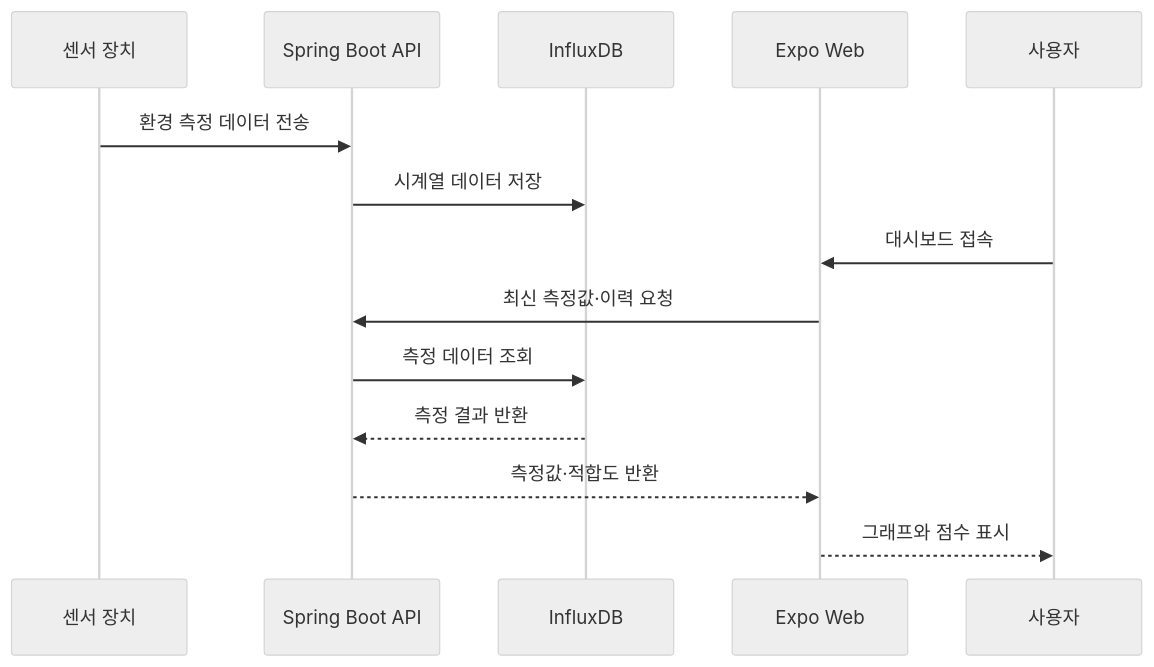
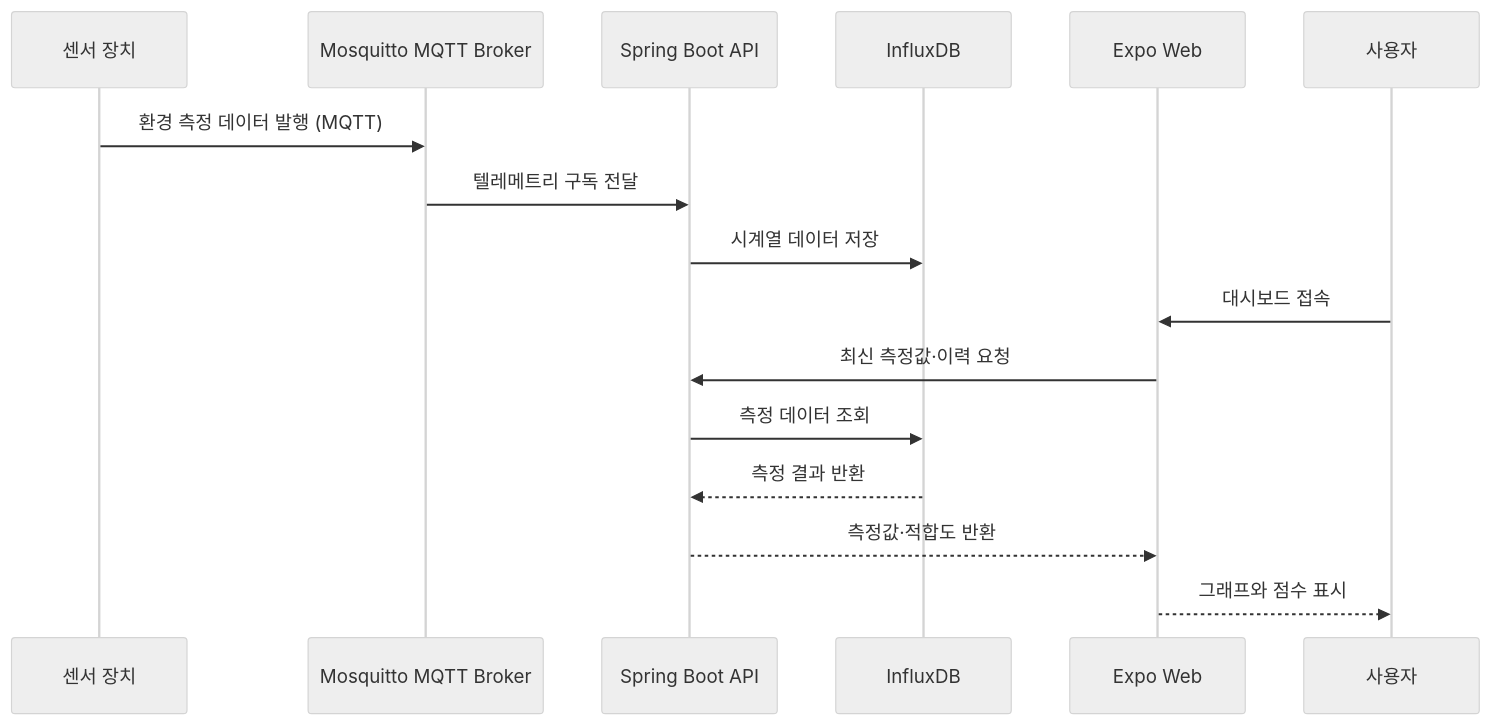
One commit to 7hyunii/pnuai-b-02-terrabyte changed the third of 3 diagrams in README.md. Above: the diagram before and after it, drawn with Mermaid (neutral theme). The commit also changed other lines of this file, not shown here.

````diff
--- a/README.md
+++ b/README.md
@@ -93,17 +126,19 @@
 ```mermaid
 sequenceDiagram
     participant Device as 센서 장치
+    participant Broker as Mosquitto MQTT Broker
     participant API as Spring Boot API
     participant Influx as InfluxDB
     participant Web as Expo Web
     participant User as 사용자
 
-    Device->>API: 환경 측정 데이터 전송
+    Device->>Broker: 환경 측정 데이터 발행 (MQTT)
+    Broker->>API: 텔레메트리 구독 전달
     API->>Influx: 시계열 데이터 저장
     User->>Web: 대시보드 접속
     Web->>API: 최신 측정값·이력 요청
     API->>Influx: 측정 데이터 조회
     Influx-->>API: 측정 결과 반환
     API-->>Web: 측정값·적합도 반환
     Web-->>User: 그래프와 점수 표시
 ```
````
